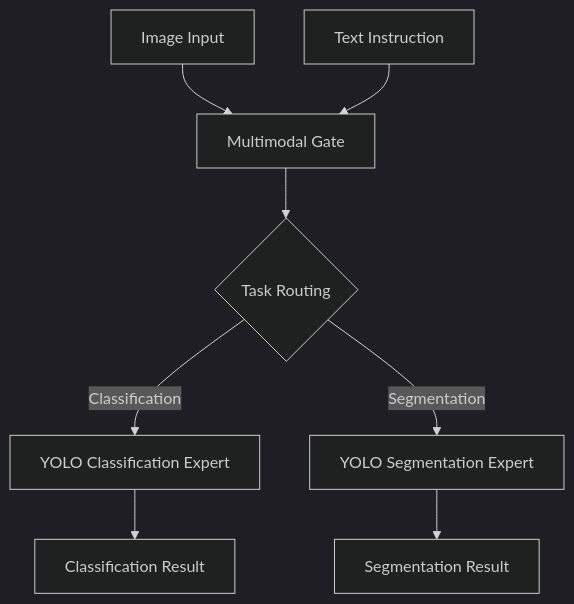
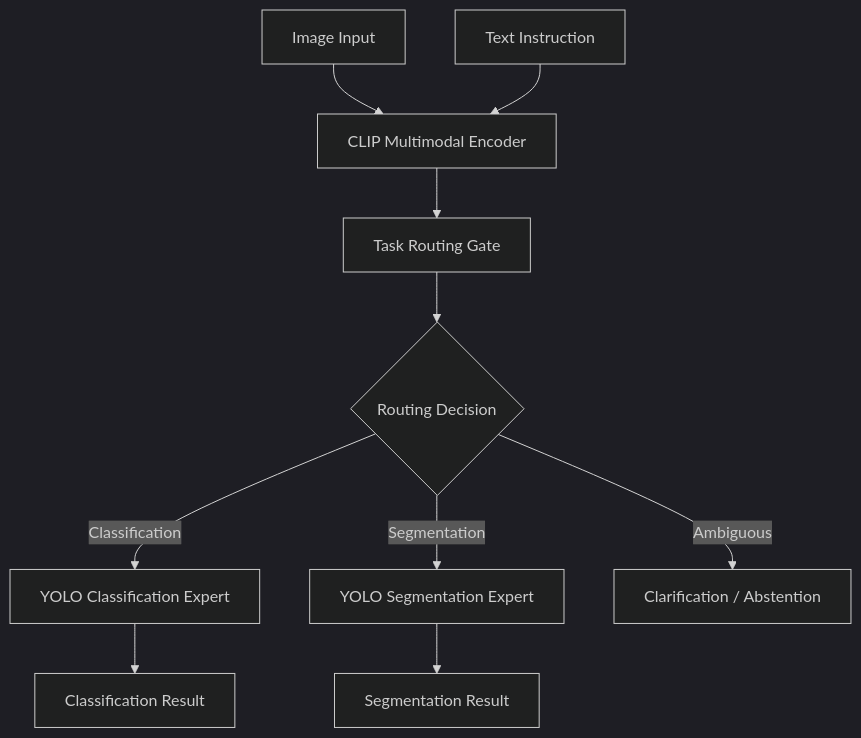
The first of 5 diagrams in README.md (christymanthara/MoE-cls-seg), drawn with Mermaid (dark theme) before and after one commit. The commit also changed other lines of this file and 1 other file, not shown here.

````diff
--- a/README.md
+++ b/README.md
@@ -21,10 +23,12 @@
 ```mermaid
 flowchart TD
-    A[Image Input] --> C[Multimodal Gate]
+    A[Image Input] --> C[CLIP Multimodal Encoder]
     B[Text Instruction] --> C
-    C --> D{Task Routing}
-    D -->|Classification| E[YOLO Classification Expert]
-    D -->|Segmentation| F[YOLO Segmentation Expert]
-    E --> G[Classification Result]
-    F --> H[Segmentation Result]
+    C --> D[Task Routing Gate]
+    D --> E{Routing Decision}
+    E -->|Classification| F[YOLO Classification Expert]
+    E -->|Segmentation| G[YOLO Segmentation Expert]
+    E -->|Ambiguous| H[Clarification / Abstention]
+    F --> I[Classification Result]
+    G --> J[Segmentation Result]
 ```
````
